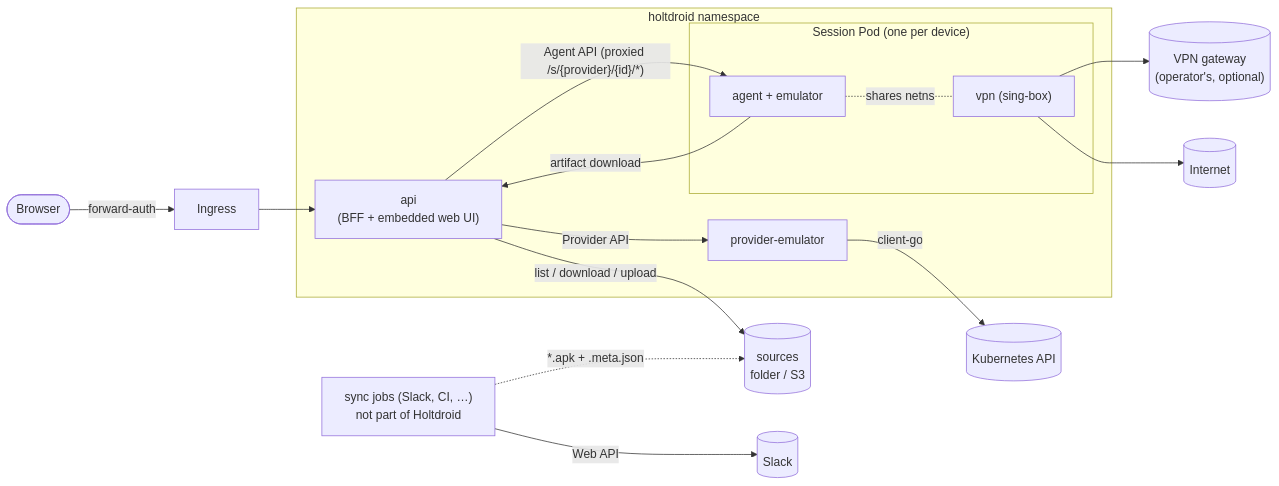
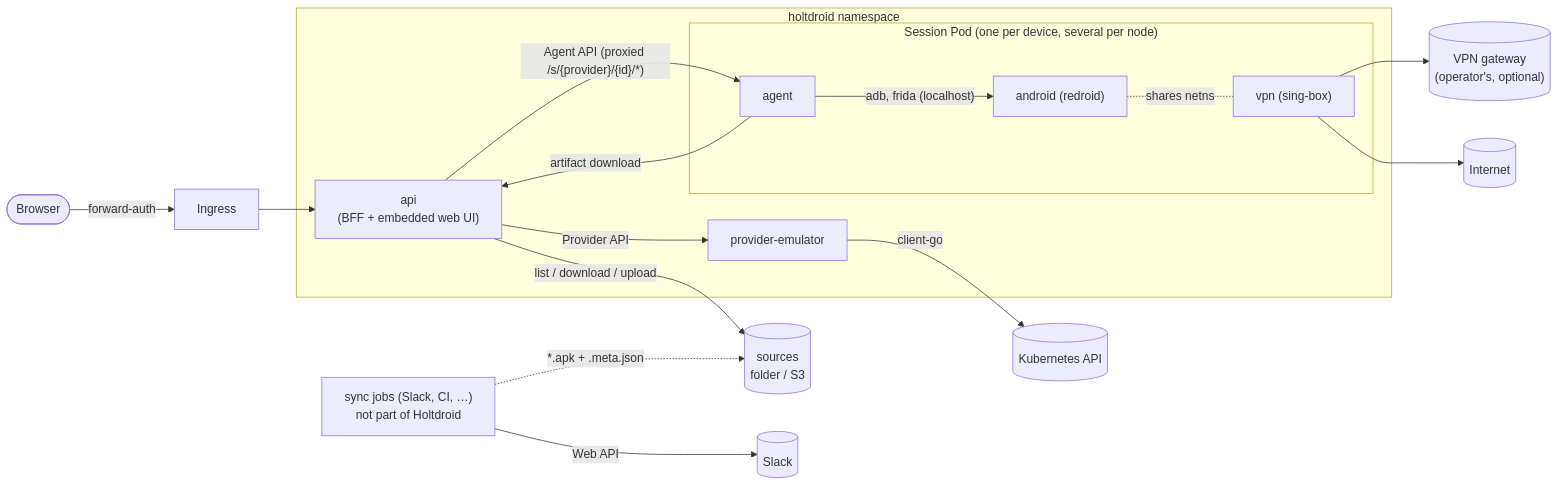
One commit to holtdroid/holtdroid changed the first of 4 diagrams in design/architecture.md. Above: the diagram before and after it, drawn with Mermaid. The commit also changed other lines of this file and 54 other files, not shown here.

Commit message:
feat(emulator): run sessions as redroid pods, several per node (decision #82)

````diff
--- a/design/architecture.md
+++ b/design/architecture.md
@@ -28,25 +28,27 @@
 ```mermaid
 flowchart LR
   user([Browser]) -->|forward-auth| ingress[Ingress]
   ingress --> api
 
   subgraph holtdroid namespace
     api["api<br/>(BFF + embedded web UI)"]
     prov["provider-emulator"]
-    subgraph session["Session Pod (one per device)"]
-      agent["agent + emulator"]
+    subgraph session["Session Pod (one per device, several per node)"]
+      android["android (redroid)"]
+      agent["agent"]
       vpn["vpn (sing-box)"]
     end
   end
 
   api -- "list / download / upload" --> sources[("sources<br/>folder / S3")]
   sync["sync jobs (Slack, CI, …)<br/>not part of Holtdroid"] -. "*.apk + .meta.json" .-> sources
   api -- Provider API --> prov
   api -- "Agent API (proxied /s/{provider}/{id}/*)" --> agent
   sync -->|Web API| slack[(Slack)]
   prov -->|client-go| k8s[(Kubernetes API)]
   agent -->|artifact download| api
-  agent -. shares netns .- vpn
+  agent -- "adb, frida (localhost)" --> android
+  android -. shares netns .- vpn
   vpn --> gw[("VPN gateway<br/>(operator's, optional)")]
   vpn --> internet[(Internet)]
 ```
````
